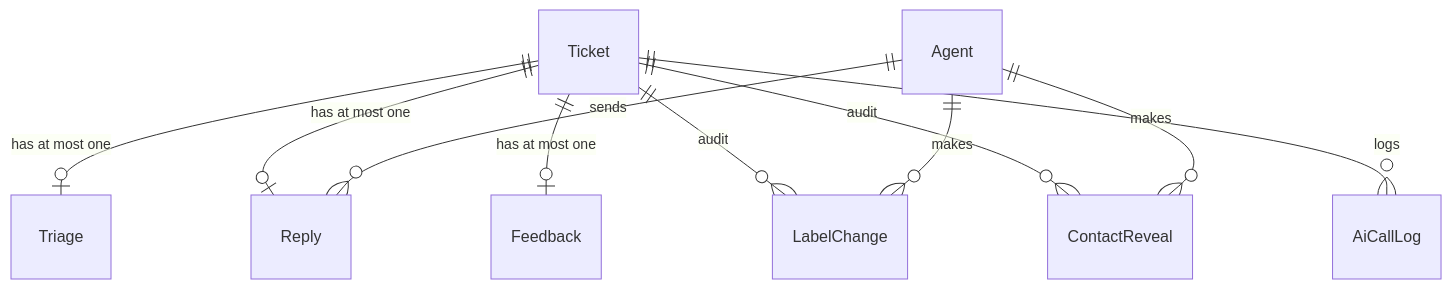
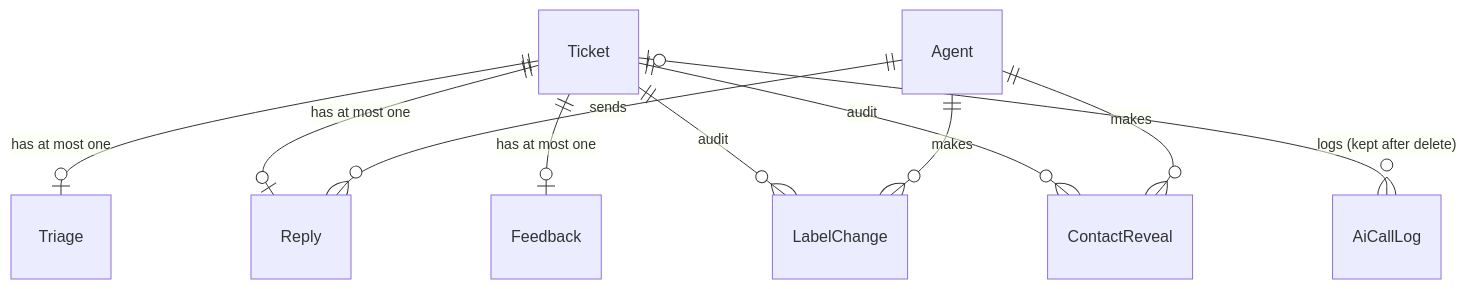
One commit to moulinath/helpdesk-ai changed the second of 4 diagrams in docs/03-architecture/architecture.md. Above: the diagram before and after it, drawn with Mermaid. The commit also changed other lines of this file and 8 other files, not shown here.

Commit message:
docs: architecture v0.2 with review findings applied; RAID R18-R23

````diff
--- a/docs/03-architecture/architecture.md
+++ b/docs/03-architecture/architecture.md
@@ -77,12 +78,12 @@
 ```mermaid
 erDiagram
   Ticket ||--o| Triage : "has at most one"
   Ticket ||--o| Reply : "has at most one"
   Ticket ||--o| Feedback : "has at most one"
   Ticket ||--o{ LabelChange : "audit"
   Ticket ||--o{ ContactReveal : "audit"
-  Ticket ||--o{ AiCallLog : "logs"
+  Ticket |o--o{ AiCallLog : "logs (kept after delete)"
   Agent ||--o{ Reply : sends
   Agent ||--o{ LabelChange : makes
   Agent ||--o{ ContactReveal : makes
 ```
````
